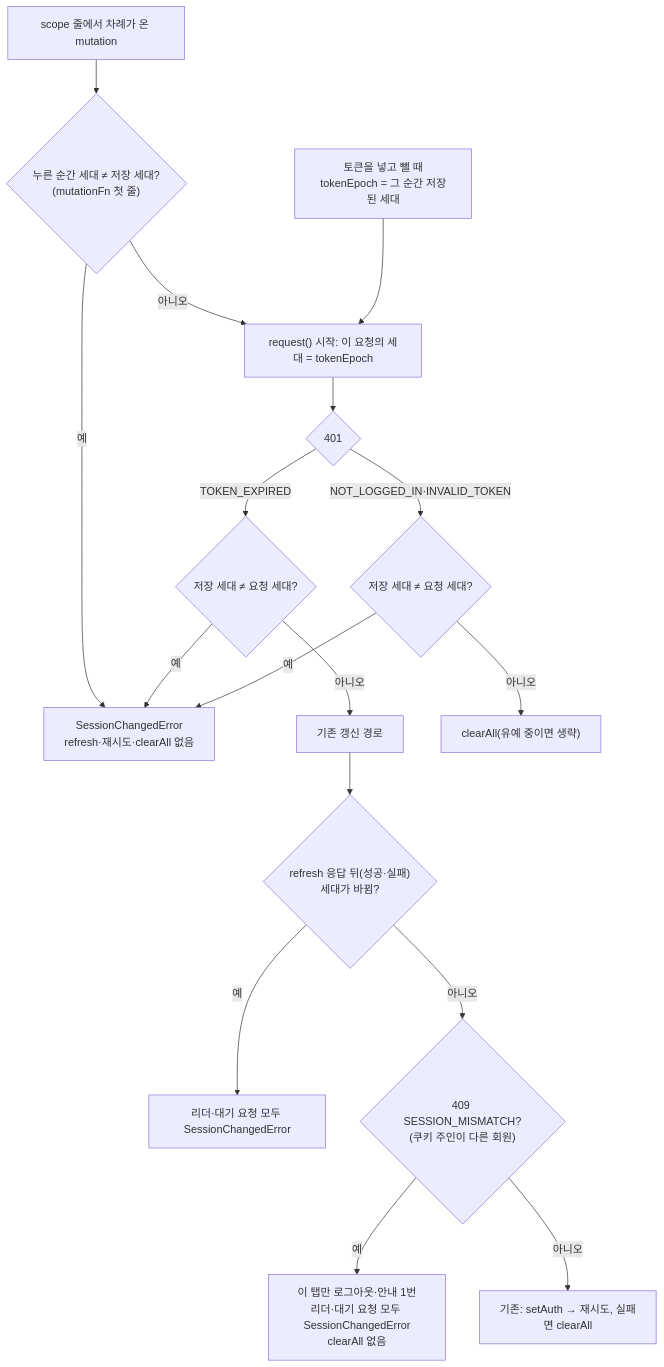
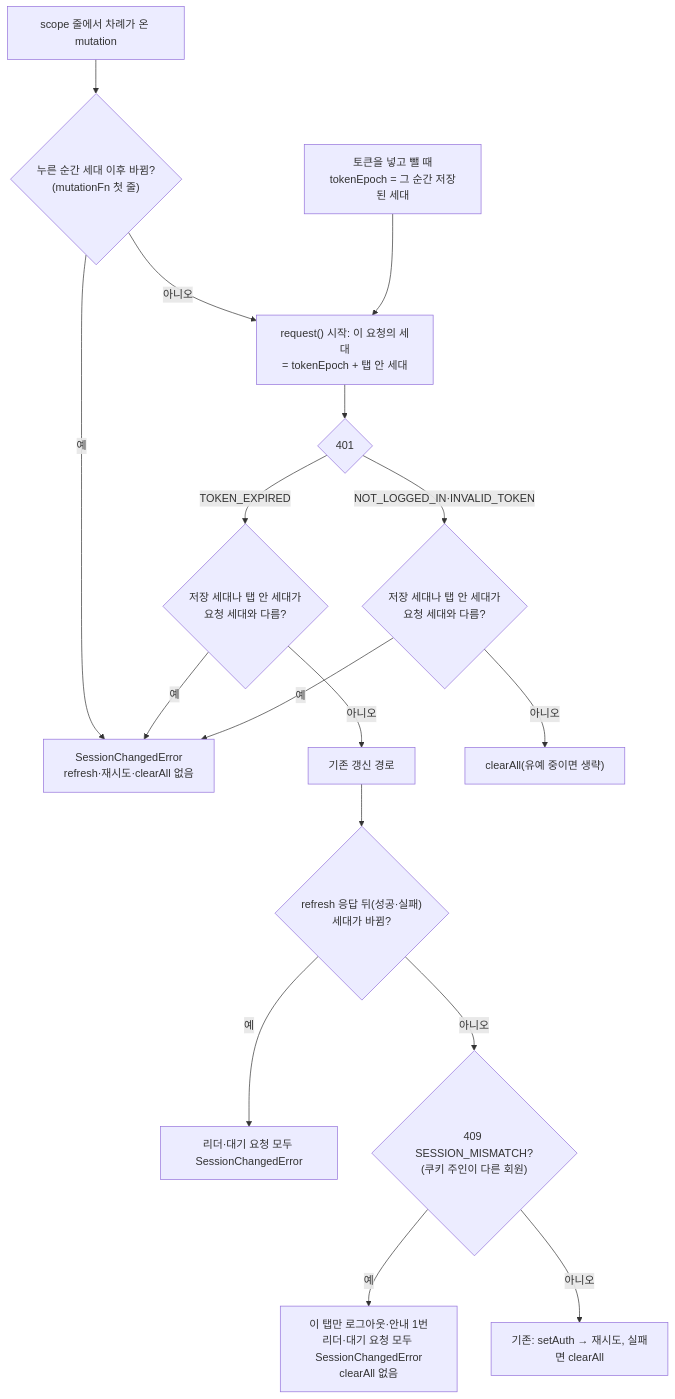
One commit to BAECHAN/link-sphere_FE_NEW changed the second of 6 diagrams in docs/AUTH.md. Above: the diagram before and after it, drawn with Mermaid. The commit also changed other lines of this file and 8 other files, not shown here.

````diff
--- a/docs/AUTH.md
+++ b/docs/AUTH.md
@@ -270,19 +279,19 @@
 ```mermaid
 flowchart TD
-  MQ["scope 줄에서 차례가 온 mutation"] --> MC{"누른 순간 세대 ≠ 저장 세대?<br/>(mutationFn 첫 줄)"}
+  MQ["scope 줄에서 차례가 온 mutation"] --> MC{"누른 순간 세대 이후 바뀜?<br/>(mutationFn 첫 줄)"}
   MC -->|"예"| SC
   MC -->|"아니오"| Q
-  T["토큰을 넣고 뺄 때<br/>tokenEpoch = 그 순간 저장된 세대"] --> Q["request() 시작: 이 요청의 세대 = tokenEpoch"]
+  T["토큰을 넣고 뺄 때<br/>tokenEpoch = 그 순간 저장된 세대"] --> Q["request() 시작: 이 요청의 세대<br/>= tokenEpoch + 탭 안 세대"]
   Q --> E{"401"}
-  E -->|"TOKEN_EXPIRED"| C1{"저장 세대 ≠ 요청 세대?"}
-  E -->|"NOT_LOGGED_IN·INVALID_TOKEN"| C5{"저장 세대 ≠ 요청 세대?"}
+  E -->|"TOKEN_EXPIRED"| C1{"저장 세대나 탭 안 세대가<br/>요청 세대와 다름?"}
+  E -->|"NOT_LOGGED_IN·INVALID_TOKEN"| C5{"저장 세대나 탭 안 세대가<br/>요청 세대와 다름?"}
   C1 -->|"예"| SC["SessionChangedError<br/>refresh·재시도·clearAll 없음"]
   C1 -->|"아니오"| OLD["기존 갱신 경로"]
   C5 -->|"예"| SC
   C5 -->|"아니오"| CA["clearAll(유예 중이면 생략)"]
   OLD --> L{"refresh 응답 뒤(성공·실패)<br/>세대가 바뀜?"}
   L -->|"예"| ALL["리더·대기 요청 모두 SessionChangedError"]
   L -->|"아니오"| M{"409 SESSION_MISMATCH?<br/>(쿠키 주인이 다른 회원)"}
   M -->|"예"| MM["이 탭만 로그아웃·안내 1번<br/>리더·대기 요청 모두 SessionChangedError<br/>clearAll 없음"]
   M -->|"아니오"| OK["기존: setAuth → 재시도, 실패면 clearAll"]
 ```
````
